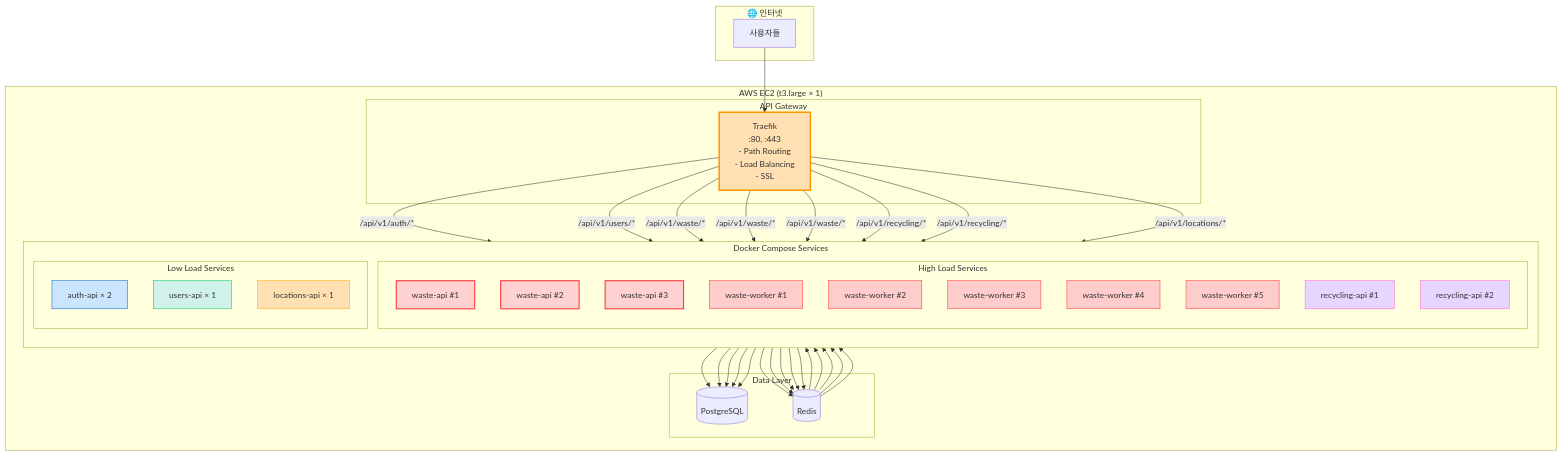
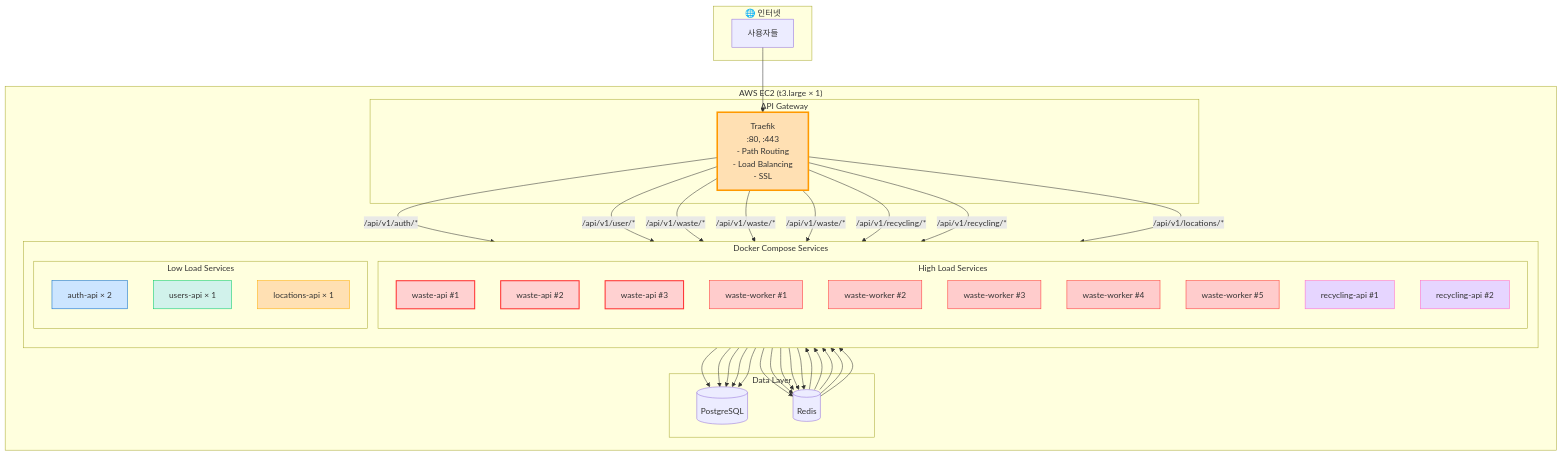
The eighth of 9 diagrams in docs/archive/design-reviews/06-microservices-architecture.md (SeSACTHON/backend), drawn with Mermaid before and after one commit. The commit also changed other lines of this file and 20 other files, not shown here.

```diff
--- a/docs/archive/design-reviews/06-microservices-architecture.md
+++ b/docs/archive/design-reviews/06-microservices-architecture.md
@@ -749,7 +749,7 @@
     Users --> Traefik
     
     Traefik -->|/api/v1/auth/*| A1
-    Traefik -->|/api/v1/users/*| U1
+    Traefik -->|/api/v1/user/*| U1
     Traefik -->|/api/v1/waste/*| W1
     Traefik -->|/api/v1/waste/*| W2
     Traefik -->|/api/v1/waste/*| W3
```
